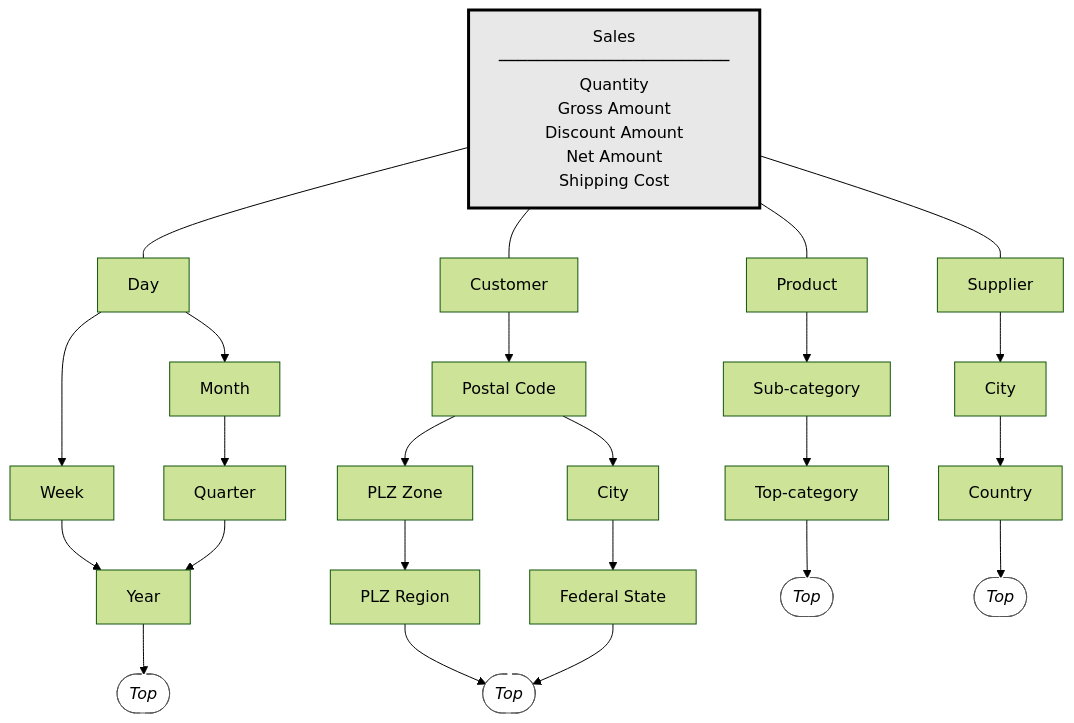
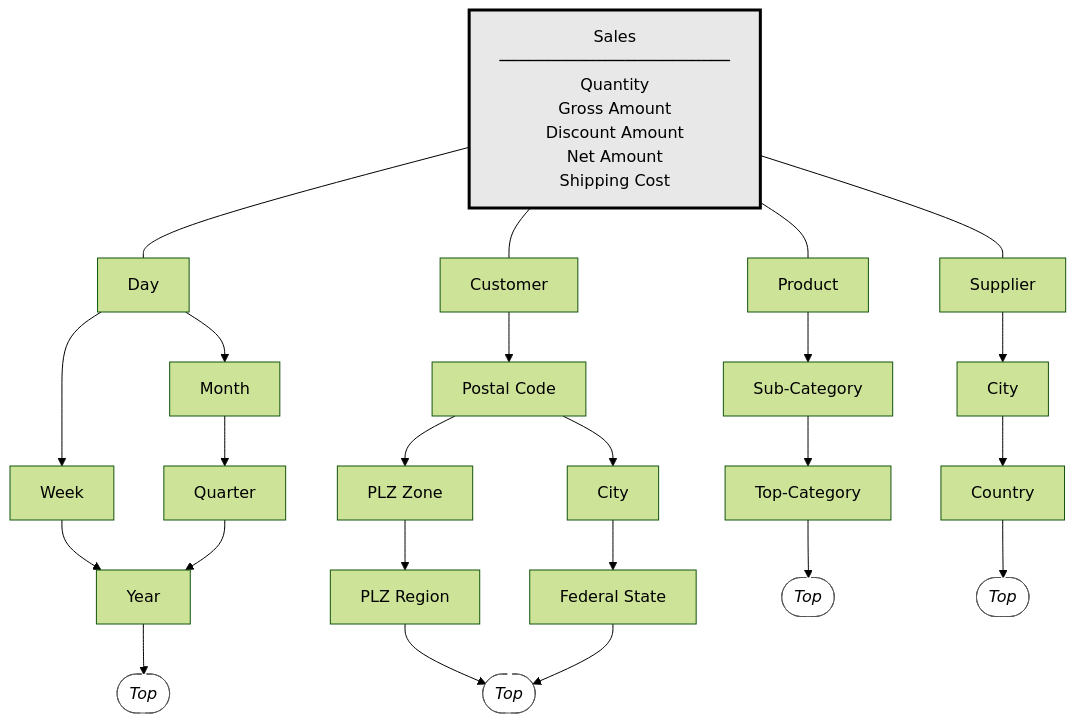
One commit to pubali512/py_projects changed the second of 3 diagrams in online_furniture_data_warehousing/docs/project_documentation.md. Above: the diagram before and after it, drawn with Mermaid (forest theme). The commit also changed other lines of this file and 22 other files, not shown here.

````diff
--- a/online_furniture_data_warehousing/docs/project_documentation.md
+++ b/online_furniture_data_warehousing/docs/project_documentation.md
@@ -118,53 +118,53 @@
 ```mermaid
 flowchart TB
     classDef topLevel fill:#fff,stroke:#555,stroke-dasharray:5 5,font-style:italic
     classDef factNode  fill:#e8e8e8,stroke:#000,stroke-width:3px
 
     %% ── Fact table ──────────────────────────────────────────────────────────
     FACT["Sales\n────────────────────────\nQuantity\nGross Amount\nDiscount Amount\nNet Amount\nShipping Cost"]:::factNode
 
     %% ── Date dimension ──────────────────────────────────────────────────────
     ZDay[Day]
     ZWeek[Week]
     ZMonth[Month]
     ZQuarter[Quarter]
     ZYear[Year]
     ZTop([Top]):::topLevel
 
     ZDay --> ZWeek --> ZYear
     ZDay --> ZMonth --> ZQuarter --> ZYear --> ZTop
 
     %% ── Customer dimension ──────────────────────────────────────────────────
     KCustomer[Customer]
     KPostalCode[Postal Code]
     KPLZZone[PLZ Zone]
     KPLZReg[PLZ Region]
     KCity[City]
     KState[Federal State]
     KTop([Top]):::topLevel
 
     KCustomer --> KPostalCode --> KPLZZone --> KPLZReg --> KTop
     KPostalCode --> KCity --> KState --> KTop
 
     %% ── Product dimension ───────────────────────────────────────────────────
     PProduct[Product]
-    PSubCat[Sub-category]
-    PTopCat[Top-category]
+    PSubCat[Sub-Category]
+    PTopCat[Top-Category]
     PTop([Top]):::topLevel
 
     PProduct --> PSubCat --> PTopCat --> PTop
 
     %% ── Supplier dimension ──────────────────────────────────────────────────
     LSupplier[Supplier]
     LCity[City]
     LCountry[Country]
     LTop([Top]):::topLevel
 
     LSupplier --> LCity --> LCountry --> LTop
 
     %% ── Connections: fact → base dimension levels ────────────────────────────
     FACT --- ZDay
     FACT --- KCustomer
     FACT --- PProduct
     FACT --- LSupplier
 ```
````
